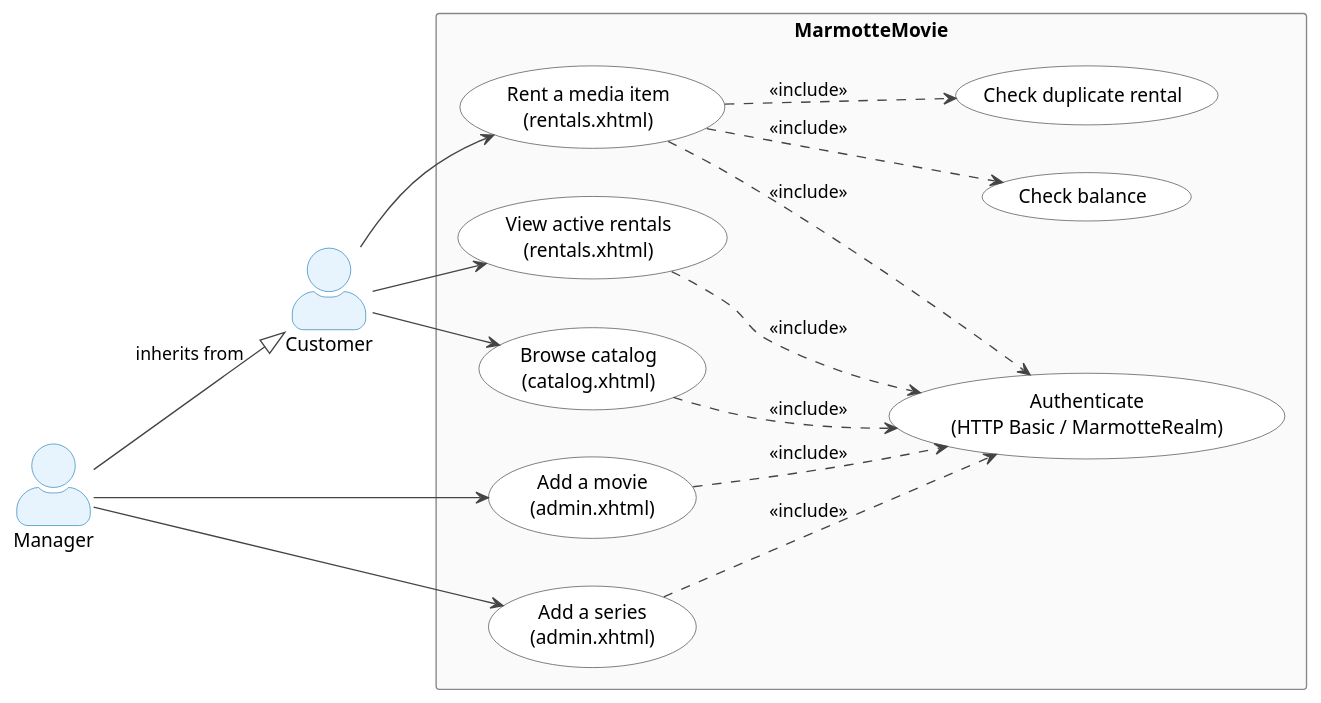
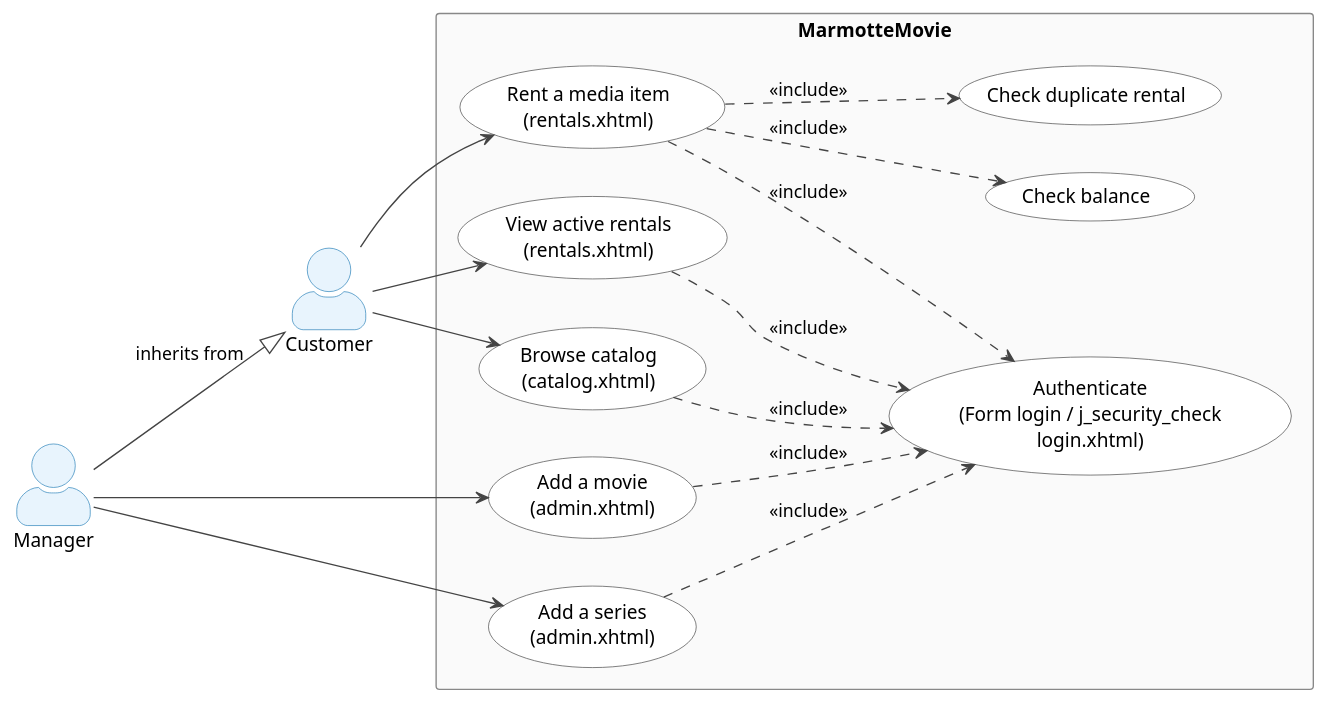
Before and after one commit to bearinthemountain/ImplementingServices: the diagram in UML/use-case-diagram.puml, drawn with PlantUML. The commit also changed 6 other files, not shown here.

```diff
--- a/UML/use-case-diagram.puml
+++ b/UML/use-case-diagram.puml
@@ -1,57 +1,57 @@
 @startuml use-case-diagram
 skinparam actorStyle awesome
 skinparam usecase {
   BackgroundColor White
   BorderColor #444
   ArrowColor #444
 }
 skinparam actor {
   BackgroundColor #E8F4FD
   BorderColor #2980B9
 }
 skinparam rectangle {
   BackgroundColor #FAFAFA
   BorderColor #888
 }
 
 left to right direction
 
 actor "Customer" as customer
 actor "Manager"  as manager
 
 manager --|> customer : inherits from
 
 rectangle "MarmotteMovie" {
 
   ' ── Pages accessible to both roles ──
   usecase "Browse catalog\n(catalog.xhtml)"              as UC1
   usecase "Rent a media item\n(rentals.xhtml)"           as UC2
   usecase "View active rentals\n(rentals.xhtml)"         as UC3
 
   ' ── Manager-only pages ──
   usecase "Add a movie\n(admin.xhtml)"                   as UC4
   usecase "Add a series\n(admin.xhtml)"                  as UC5
 
   ' ── Included sub use cases ──
-  usecase "Authenticate\n(HTTP Basic / MarmotteRealm)"  as UC0
+  usecase "Authenticate\n(Form login / j_security_check\nlogin.xhtml)"  as UC0
   usecase "Check balance"                                as UC2a
   usecase "Check duplicate rental"                       as UC2b
 
   UC1 ..> UC0  : <<include>>
   UC2 ..> UC0  : <<include>>
   UC3 ..> UC0  : <<include>>
   UC4 ..> UC0  : <<include>>
   UC5 ..> UC0  : <<include>>
 
   UC2 ..> UC2a : <<include>>
   UC2 ..> UC2b : <<include>>
 }
 
 customer --> UC1
 customer --> UC2
 customer --> UC3
 
 manager --> UC4
 manager --> UC5
 
 @enduml
```
